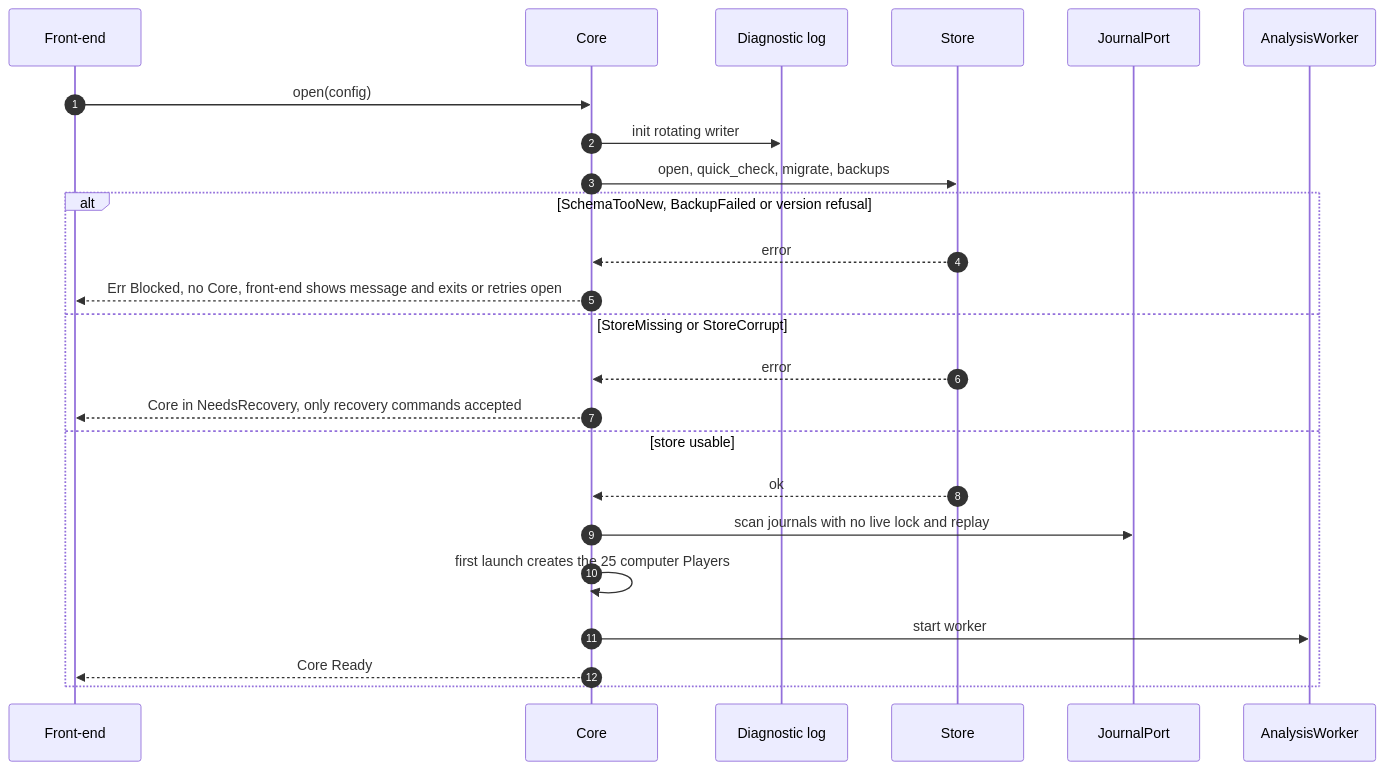
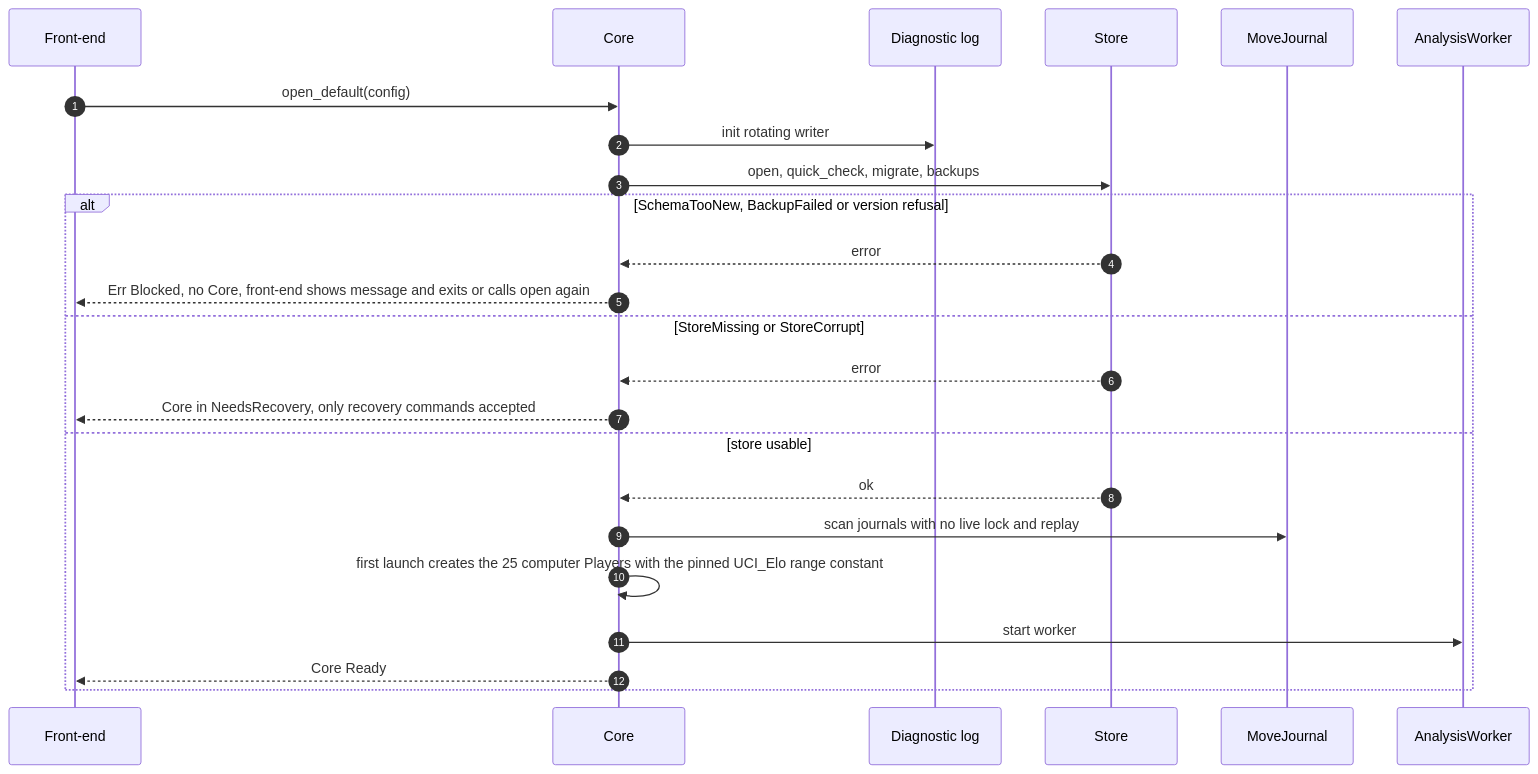
Before and after one commit to bprascher/chess: the tenth of 15 diagrams in docs/design/SDD-chess-app.md, drawn with Mermaid. The commit also changed other lines of this file and 17 other files, not shown here.

First line of the commit message:
Apply architecture addendum B and C to the SDDs and add the v0.4 consistency pass

````diff
--- a/docs/design/SDD-chess-app.md
+++ b/docs/design/SDD-chess-app.md
@@ -604,26 +674,26 @@
 ```mermaid
 sequenceDiagram
     autonumber
     participant FE as Front-end
     participant C as Core
     participant L as Diagnostic log
     participant ST as Store
-    participant J as JournalPort
+    participant J as MoveJournal
     participant W as AnalysisWorker
-    FE->>C: open(config)
+    FE->>C: open_default(config)
     C->>L: init rotating writer
     C->>ST: open, quick_check, migrate, backups
     alt SchemaTooNew, BackupFailed or version refusal
         ST-->>C: error
-        C-->>FE: Err Blocked, no Core, front-end shows message and exits or retries open
+        C-->>FE: Err Blocked, no Core, front-end shows message and exits or calls open again
     else StoreMissing or StoreCorrupt
         ST-->>C: error
         C-->>FE: Core in NeedsRecovery, only recovery commands accepted
     else store usable
         ST-->>C: ok
         C->>J: scan journals with no live lock and replay
-        C->>C: first launch creates the 25 computer Players
+        C->>C: first launch creates the 25 computer Players with the pinned UCI_Elo range constant
         C->>W: start worker
         C-->>FE: Core Ready
     end
 ```
````
